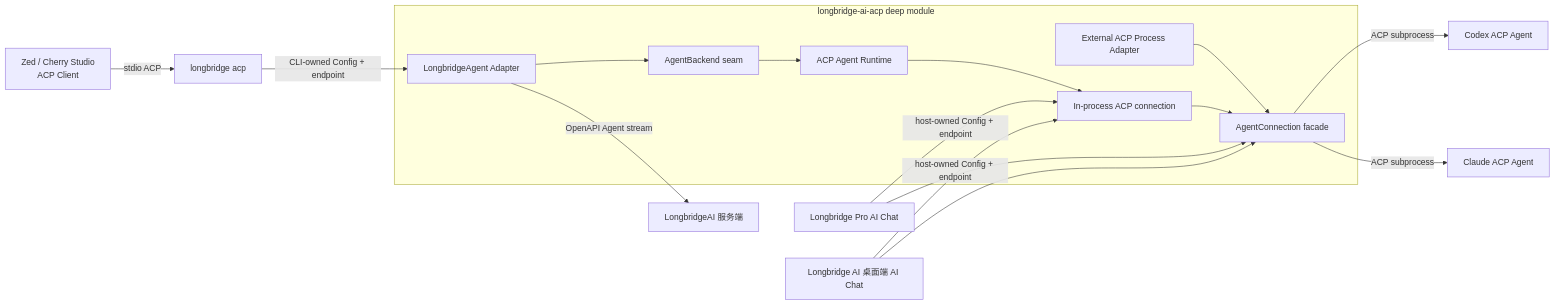
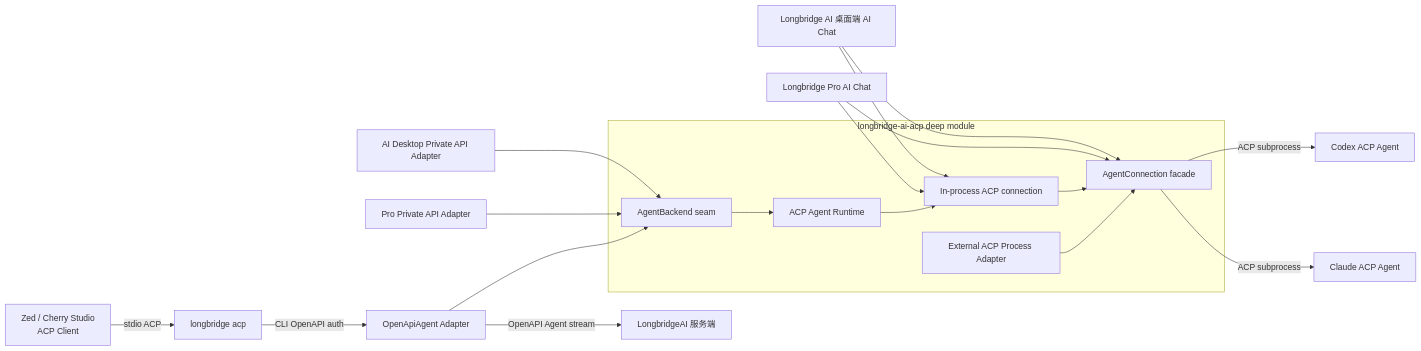
The first of 4 diagrams in docs/architecture/acp-integration.md (longbridge/longbridge-terminal), drawn with Mermaid before and after one commit. The commit also changed other lines of this file and 15 other files, not shown here.

Commit message:
refactor: decouple ACP runtime from API providers

````diff
--- a/docs/architecture/acp-integration.md
+++ b/docs/architecture/acp-integration.md
@@ -133,23 +135,25 @@
 ```mermaid
 flowchart LR
     Z[Zed / Cherry Studio<br/>ACP Client] -->|stdio ACP| CLI[longbridge acp]
-    CLI -->|CLI-owned Config + endpoint| LBA[LongbridgeAgent Adapter]
+    CLI -->|CLI OpenAPI auth| LBA[OpenApiAgent Adapter]
 
     subgraph CRATE[longbridge-ai-acp deep module]
-        LBA --> AB[AgentBackend seam]
-        AB --> RT[ACP Agent Runtime]
+        AB[AgentBackend seam] --> RT[ACP Agent Runtime]
         RT --> IPC[In-process ACP connection]
         EP[External ACP Process Adapter] --> CF[AgentConnection facade]
         IPC --> CF
     end
 
+    LBA --> AB
     LBA -->|OpenAPI Agent stream| SERVER[LongbridgeAI 服务端]
 
-    PRO[Longbridge Pro AI Chat] -->|host-owned Config + endpoint| IPC
-    AI[Longbridge AI 桌面端 AI Chat] -->|host-owned Config + endpoint| IPC
+    PROAPI[Pro Private API Adapter] --> AB
+    AIAPI[AI Desktop Private API Adapter] --> AB
+    PRO[Longbridge Pro AI Chat] --> IPC
+    AI[Longbridge AI 桌面端 AI Chat] --> IPC
     PRO --> CF
     AI --> CF
 
     CF -->|ACP subprocess| CODEX[Codex ACP Agent]
     CF -->|ACP subprocess| CLAUDE[Claude ACP Agent]
 ```
````
